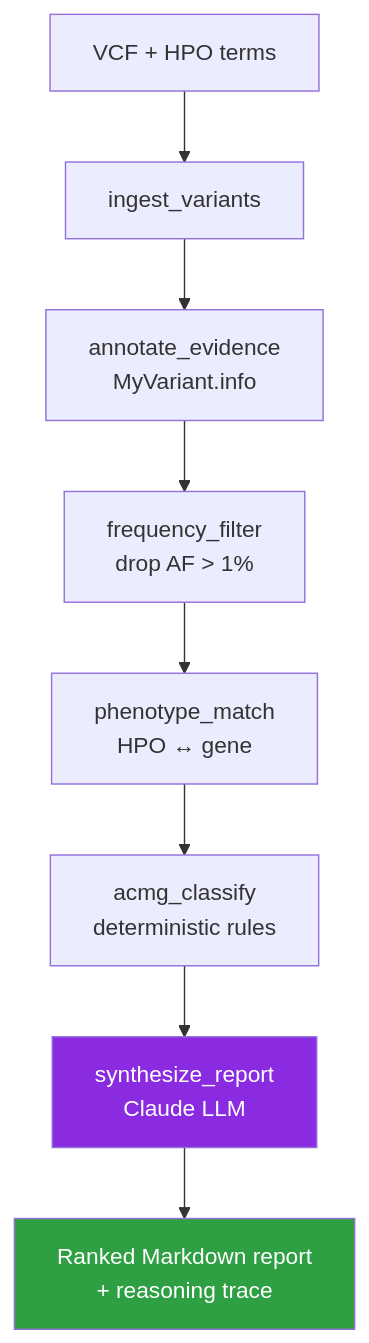
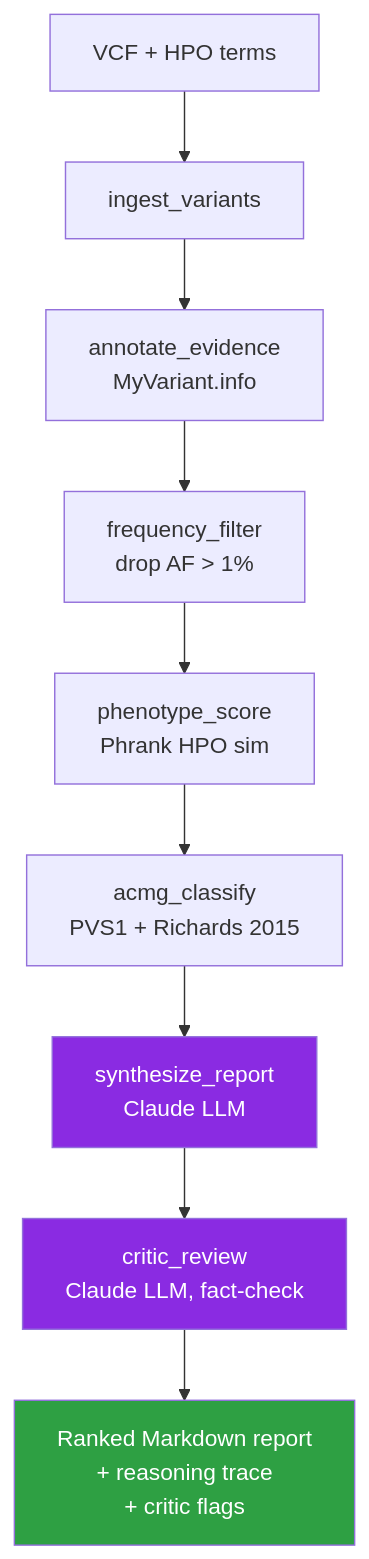
Before and after one commit to ankurgenomics/agentic-genomics: the diagram in docs/architecture.md, drawn with Mermaid. The commit also changed other lines of this file and 19 other files, not shown here.

First line of the commit message:
Recalibrate scope, add PVS1 + Richards 2015 combining, Phrank HPO scoring, critic LLM pass

````diff
--- a/docs/architecture.md
+++ b/docs/architecture.md
@@ -28,13 +28,15 @@
 ```mermaid
 flowchart TD
     A[VCF + HPO terms] --> B[ingest_variants]
     B --> C[annotate_evidence<br/>MyVariant.info]
     C --> D[frequency_filter<br/>drop AF > 1%]
-    D --> E[phenotype_match<br/>HPO ↔ gene]
-    E --> F[acmg_classify<br/>deterministic rules]
+    D --> E[phenotype_score<br/>Phrank HPO sim]
+    E --> F[acmg_classify<br/>PVS1 + Richards 2015]
     F --> G[synthesize_report<br/>Claude LLM]
-    G --> H[Ranked Markdown report<br/>+ reasoning trace]
+    G --> H[critic_review<br/>Claude LLM, fact-check]
+    H --> I[Ranked Markdown report<br/>+ reasoning trace<br/>+ critic flags]
 
     style G fill:#8A2BE2,color:#fff
-    style H fill:#2ea043,color:#fff
+    style H fill:#8A2BE2,color:#fff
+    style I fill:#2ea043,color:#fff
 ```
````
